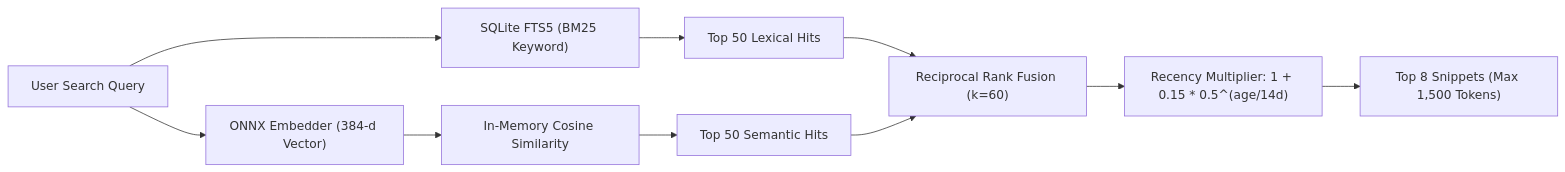
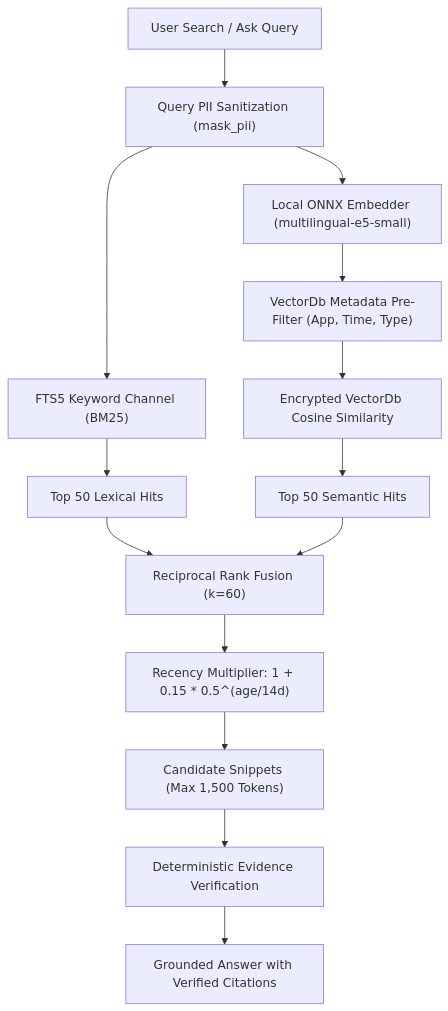
The diagram in docs-site/modules/retrieval.md (webex042/Tessera), drawn with Mermaid before and after one commit. The commit also changed other lines of this file and 68 other files, not shown here.

Commit message:
Update Tessera privacy masking and retrieval architecture

````diff
--- a/docs-site/modules/retrieval.md
+++ b/docs-site/modules/retrieval.md
@@ -29,13 +30,19 @@
 ```mermaid
-flowchart LR
-    QUERY["User Search Query"] --> FTS["SQLite FTS5 (BM25 Keyword)"]
-    QUERY --> EMBED["ONNX Embedder (384-d Vector)"]
-    EMBED --> COSINE["In-Memory Cosine Similarity"]
+flowchart TD
+    QUERY["User Search / Ask Query"] --> MASK_Q["Query PII Sanitization (mask_pii)"]
+    
+    MASK_Q --> FTS["FTS5 Keyword Channel (BM25)"]
+    MASK_Q --> EMBED["Local ONNX Embedder (multilingual-e5-small)"]
+    
+    EMBED --> VEC_FILTER["VectorDb Metadata Pre-Filter (App, Time, Type)"]
+    VEC_FILTER --> VEC_SEARCH["Encrypted VectorDb Cosine Similarity"]
     
     FTS --> CAND_FTS["Top 50 Lexical Hits"]
-    COSINE --> CAND_VEC["Top 50 Semantic Hits"]
+    VEC_SEARCH --> CAND_VEC["Top 50 Semantic Hits"]
     
     CAND_FTS & CAND_VEC --> RRF["Reciprocal Rank Fusion (k=60)"]
     RRF --> AGE_DECAY["Recency Multiplier: 1 + 0.15 * 0.5^(age/14d)"]
-    AGE_DECAY --> TOP8["Top 8 Snippets (Max 1,500 Tokens)"]
+    AGE_DECAY --> CAND_SNIPPETS["Candidate Snippets (Max 1,500 Tokens)"]
+    CAND_SNIPPETS --> CODE_VERIFY["Deterministic Evidence Verification"]
+    CODE_VERIFY --> FINAL_ANSWER["Grounded Answer with Verified Citations"]
 ```
````
